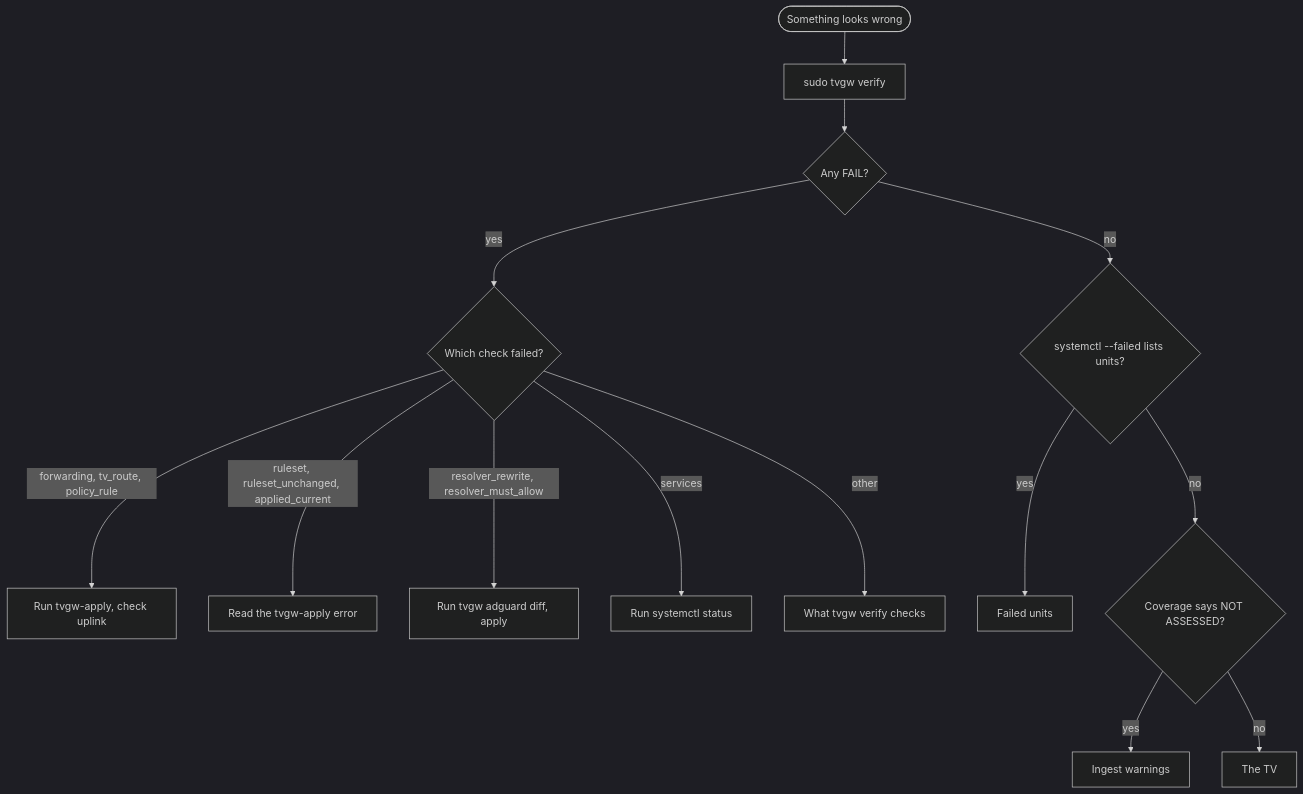
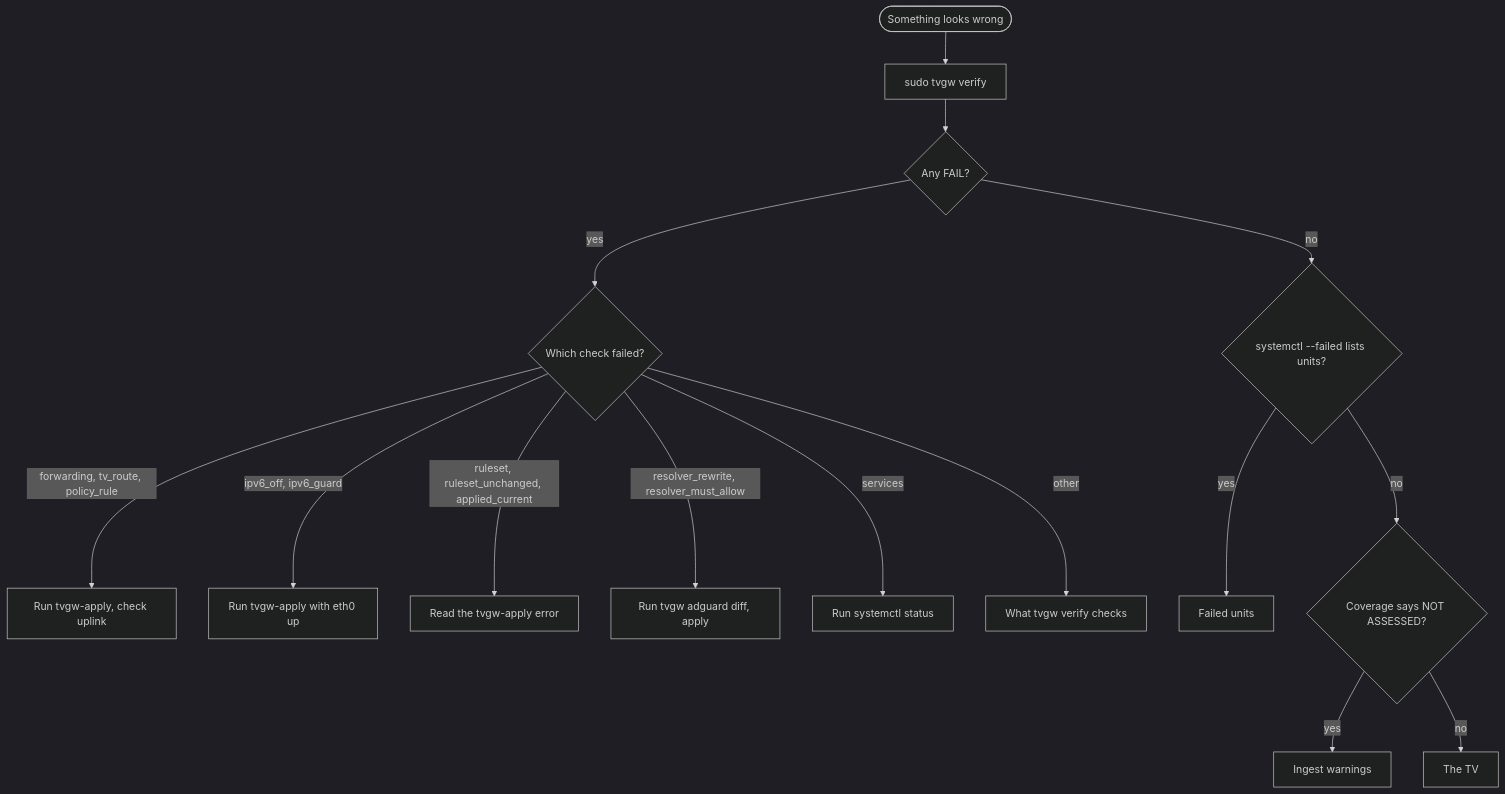
The diagram in docs/troubleshooting.md (kywwilson11/tvgw), drawn with Mermaid (dark theme) before and after one commit. The commit also changed other lines of this file, not shown here.

````diff
--- a/docs/troubleshooting.md
+++ b/docs/troubleshooting.md
@@ -9,16 +9,17 @@
 ```mermaid
 flowchart TD
     symptom(["Something looks wrong"]) --> verify["sudo tvgw verify"]
     verify --> anyFail{"Any FAIL?"}
     anyFail -->|yes| which{"Which check failed?"}
     which -->|"forwarding, tv_route, policy_rule"| reapply["Run tvgw-apply, check uplink"]
+    which -->|"ipv6_off, ipv6_guard"| reapplyUp["Run tvgw-apply with eth0 up"]
     which -->|"ruleset, ruleset_unchanged, applied_current"| applyError["Read the tvgw-apply error"]
     which -->|"resolver_rewrite, resolver_must_allow"| adguard["Run tvgw adguard diff, apply"]
     which -->|services| status["Run systemctl status"]
     which -->|other| table["What tvgw verify checks"]
     anyFail -->|no| failed{"systemctl --failed lists units?"}
     failed -->|yes| failedUnits["Failed units"]
     failed -->|no| coverage{"Coverage says NOT ASSESSED?"}
     coverage -->|yes| ingest["Ingest warnings"]
     coverage -->|no| tv["The TV"]
 ```
````
